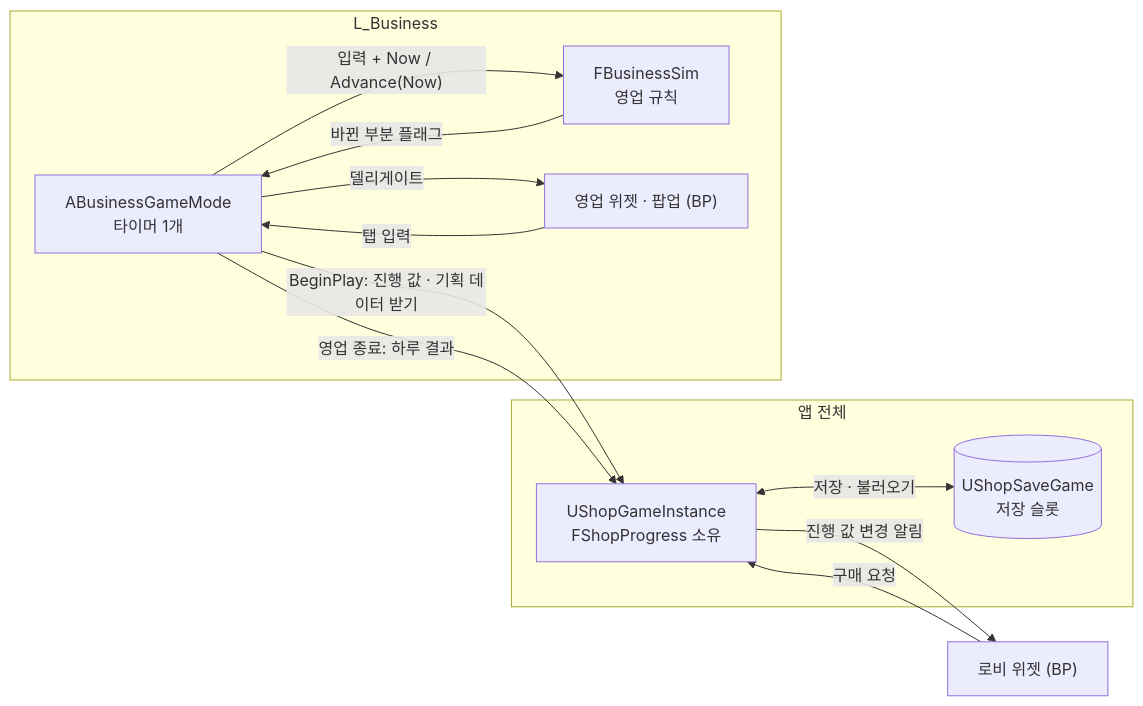
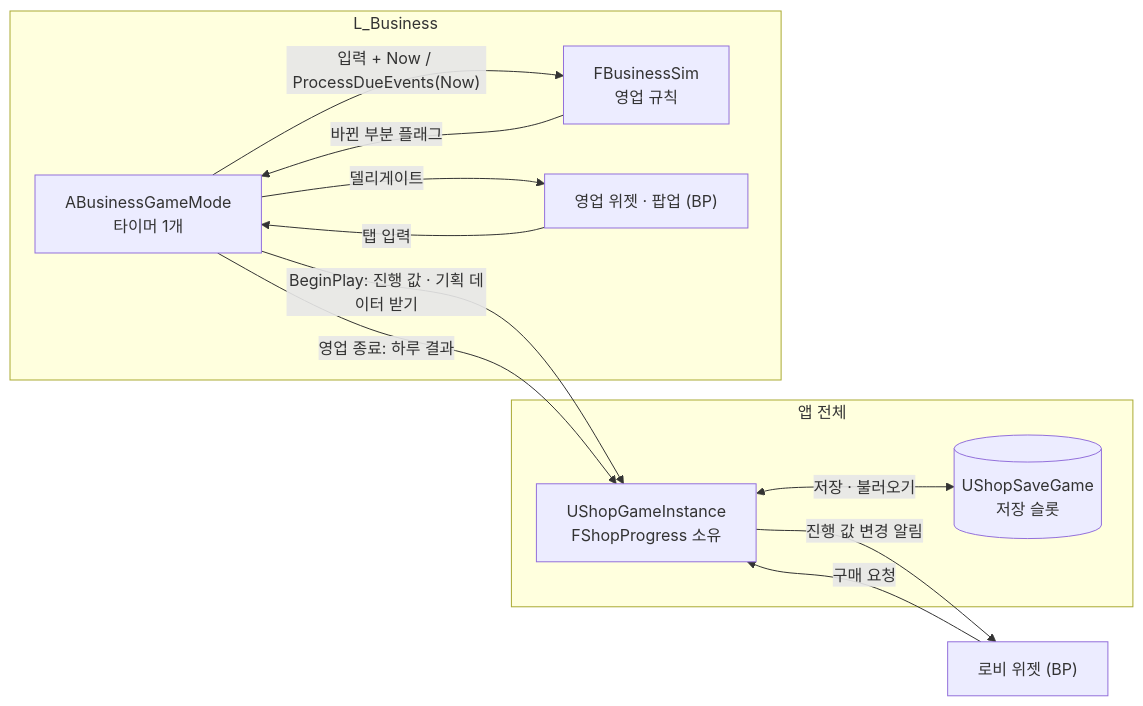
The first of 7 diagrams in docs/02_design/architecture.md (inthekg/AIProj), drawn with Mermaid before and after one commit. The commit also changed other lines of this file and 24 other files, not shown here.

````diff
--- a/docs/02_design/architecture.md
+++ b/docs/02_design/architecture.md
@@ -96,21 +96,21 @@
 ```mermaid
 flowchart LR
     subgraph App[앱 전체]
         GI["UShopGameInstance<br/>FShopProgress 소유"]
         SG[("UShopSaveGame<br/>저장 슬롯")]
     end
     subgraph Business[L_Business]
         GM["ABusinessGameMode<br/>타이머 1개"]
         SIM["FBusinessSim<br/>영업 규칙"]
         HUD["영업 위젯 · 팝업 (BP)"]
     end
     LW["로비 위젯 (BP)"] -- "구매 요청" --> GI
     GI -- "진행 값 변경 알림" --> LW
     GI <-- "저장 · 불러오기" --> SG
     GM -- "BeginPlay: 진행 값 · 기획 데이터 받기" --> GI
     HUD -- "탭 입력" --> GM
-    GM -- "입력 + Now / Advance(Now)" --> SIM
+    GM -- "입력 + Now / ProcessDueEvents(Now)" --> SIM
     SIM -- "바뀐 부분 플래그" --> GM
     GM -- "델리게이트" --> HUD
     GM -- "영업 종료: 하루 결과" --> GI
 ```
````
